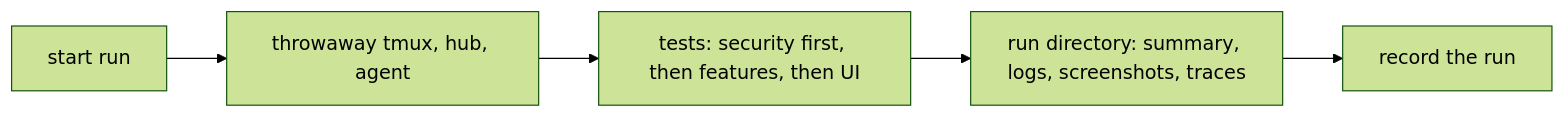
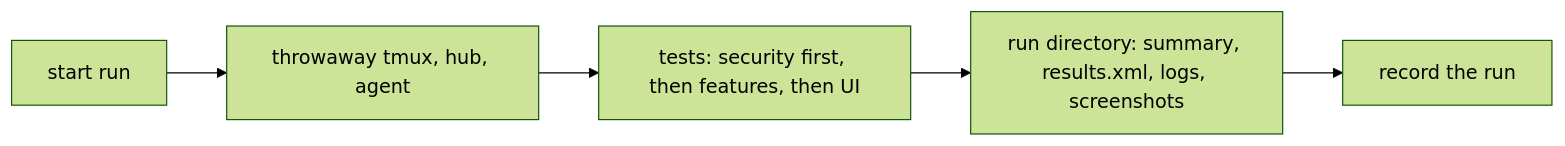
One commit to notmarkopadjen/muxway-android changed the first of 3 diagrams in docs/testing.md. Above: the diagram before and after it, drawn with Mermaid (forest theme). The commit also changed other lines of this file and 1 other file, not shown here.

````diff
--- a/docs/testing.md
+++ b/docs/testing.md
@@ -16,7 +16,7 @@
 ```mermaid
 flowchart LR
     S[start run] --> E[throwaway tmux, hub, agent]
     E --> T[tests: security first, then features, then UI]
-    T --> D[run directory: summary, logs, screenshots, traces]
+    T --> D[run directory: summary, results.xml, logs, screenshots]
     D --> R[record the run]
 ```
````
